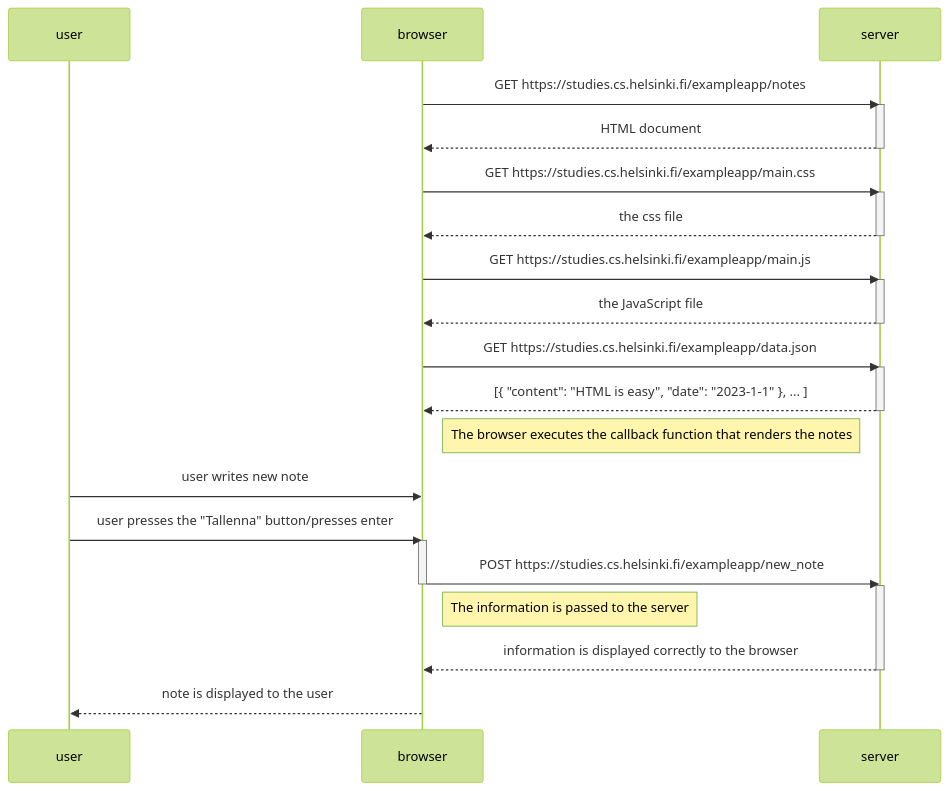
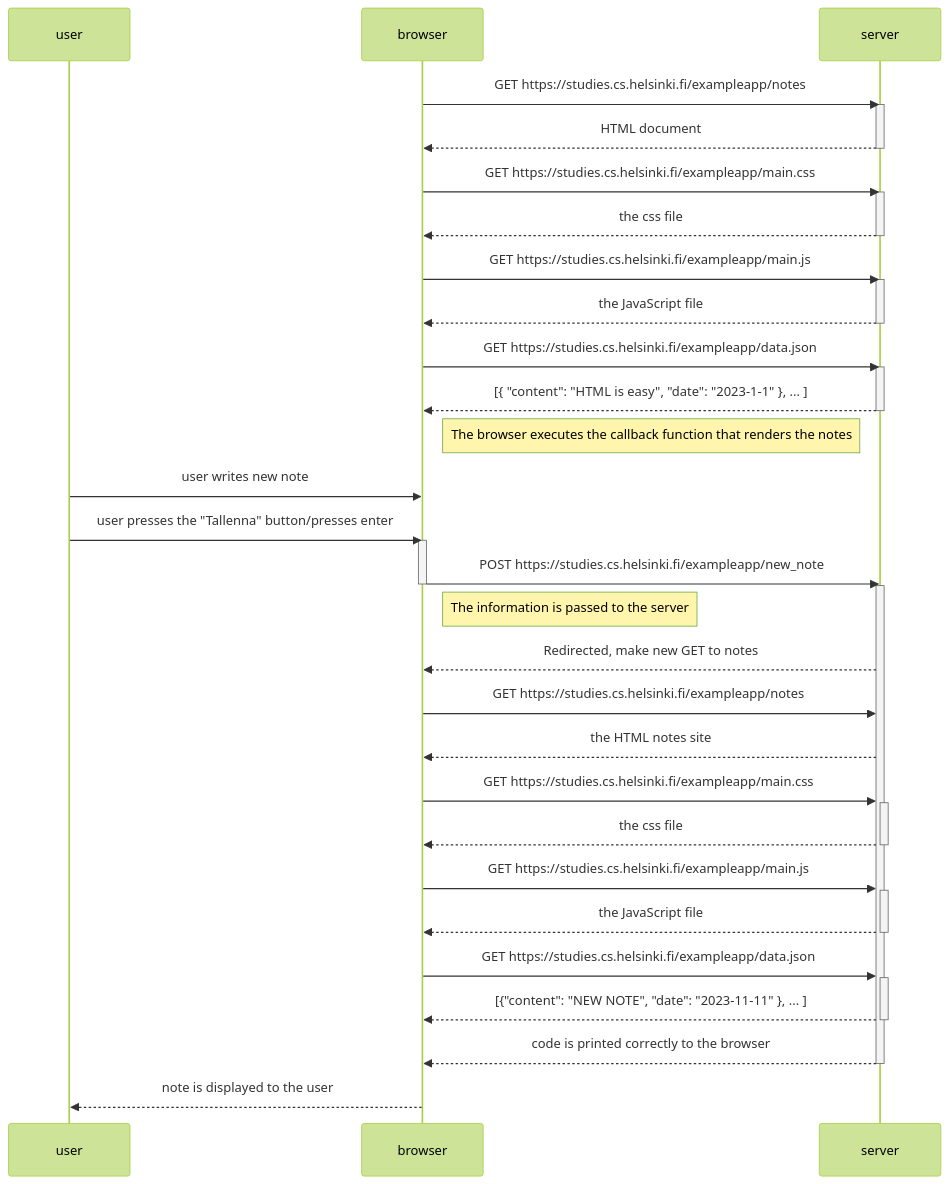
One commit to leonasihvonen/FULLSTACK changed the diagram in osa0/tehtävä4.md. Above: the diagram before and after it, drawn with Mermaid (forest theme).

Commit message:
jaaaa paljon uusiksi.

````diff
--- a/osa0/tehtävä4.md
+++ b/osa0/tehtävä4.md
@@ -1,41 +1,61 @@
 ```mermaid
 sequenceDiagram
     participant user
     participant browser
     participant server
     
     browser->>server: GET https://studies.cs.helsinki.fi/exampleapp/notes
     activate server
     server-->>browser: HTML document
     deactivate server
     
     browser->>server: GET https://studies.cs.helsinki.fi/exampleapp/main.css
     activate server
     server-->>browser: the css file
     deactivate server
     
     browser->>server: GET https://studies.cs.helsinki.fi/exampleapp/main.js
     activate server
     server-->>browser: the JavaScript file
     deactivate server
     
     browser->>server: GET https://studies.cs.helsinki.fi/exampleapp/data.json
     activate server
     server-->>browser: [{ "content": "HTML is easy", "date": "2023-1-1" }, ... ]
     deactivate server    
 
     Note right of browser: The browser executes the callback function that renders the notes 
 
     user->>browser: user writes new note
     user->>browser: user presses the "Tallenna" button/presses enter
     activate browser
     browser->>server: POST https://studies.cs.helsinki.fi/exampleapp/new_note
     deactivate browser
     activate server
 
     Note right of browser: The information is passed to the server
 
-    server-->>browser: information is displayed correctly to the browser
+    server-->>browser: Redirected, make new GET to notes
+
+    browser->>server: GET https://studies.cs.helsinki.fi/exampleapp/notes
+    server-->>browser: the HTML notes site
+
+    browser->>server: GET https://studies.cs.helsinki.fi/exampleapp/main.css
+    activate server
+    server-->>browser: the css file
+    deactivate server
+    
+    browser->>server: GET https://studies.cs.helsinki.fi/exampleapp/main.js
+    activate server
+    server-->>browser: the JavaScript file
+    deactivate server
+    
+    browser->>server: GET https://studies.cs.helsinki.fi/exampleapp/data.json
+    activate server
+    server-->>browser: [{"content": "NEW NOTE", "date": "2023-11-11" }, ... ]
+    deactivate server
+
+    server-->>browser: code is printed correctly to the browser
     deactivate server
     browser-->>user: note is displayed to the user
 ```
````
